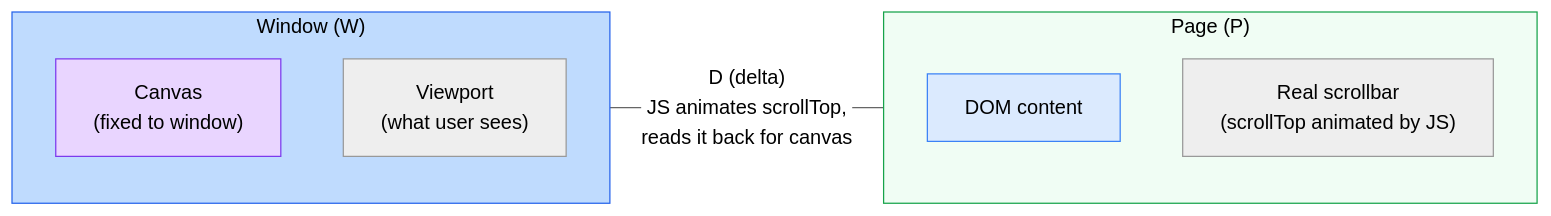
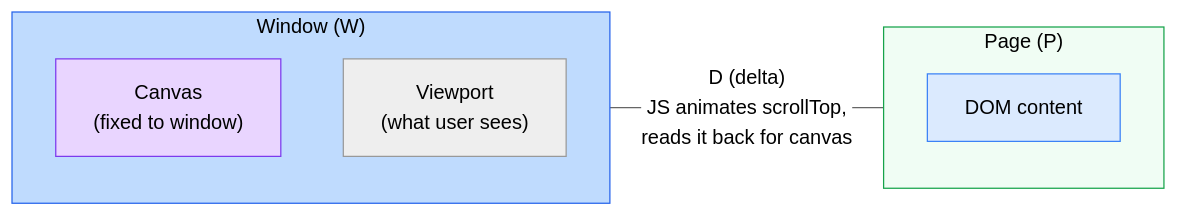
One commit to joyco-studio/registry changed the fourth of 10 diagrams in content/logs/08-webgl-scroll-sync.mdx. Above: the diagram before and after it, drawn with Mermaid (neutral theme).

Commit message:
Remove redundant "Real scrollbar" node from Approach 1 diagram
The delta label already conveys "JS animates scrollTop, reads it back for
canvas" — a separate scrollbar node added noise without new information.

https://claude.ai/code/session_01GMv1HzpSB9K6osphGUeMbL

````diff
--- a/content/logs/08-webgl-scroll-sync.mdx
+++ b/content/logs/08-webgl-scroll-sync.mdx
@@ -143,21 +143,20 @@
 ```mermaid
 flowchart LR
     subgraph viewport ["Window (W)"]
         direction TB
         CANVAS["Canvas<br/>(fixed to window)"]
         VIEW["Viewport<br/>(what user sees)"]
     end
 
     subgraph page ["Page (P)"]
         direction TB
         CONTENT["DOM content"]
-        SCROLL["Real scrollbar<br/>(scrollTop animated by JS)"]
     end
 
     viewport ---|"D (delta)<br/>JS animates scrollTop,<br/>reads it back for canvas"| page
 
     style viewport fill:#bfdbfe,stroke:#2563eb,color:#000
     style page fill:#f0fdf4,stroke:#16a34a,color:#000
     style CANVAS fill:#e9d5ff,stroke:#7c3aed,color:#000
     style CONTENT fill:#dbeafe,stroke:#3b82f6,color:#000
 ```
````
